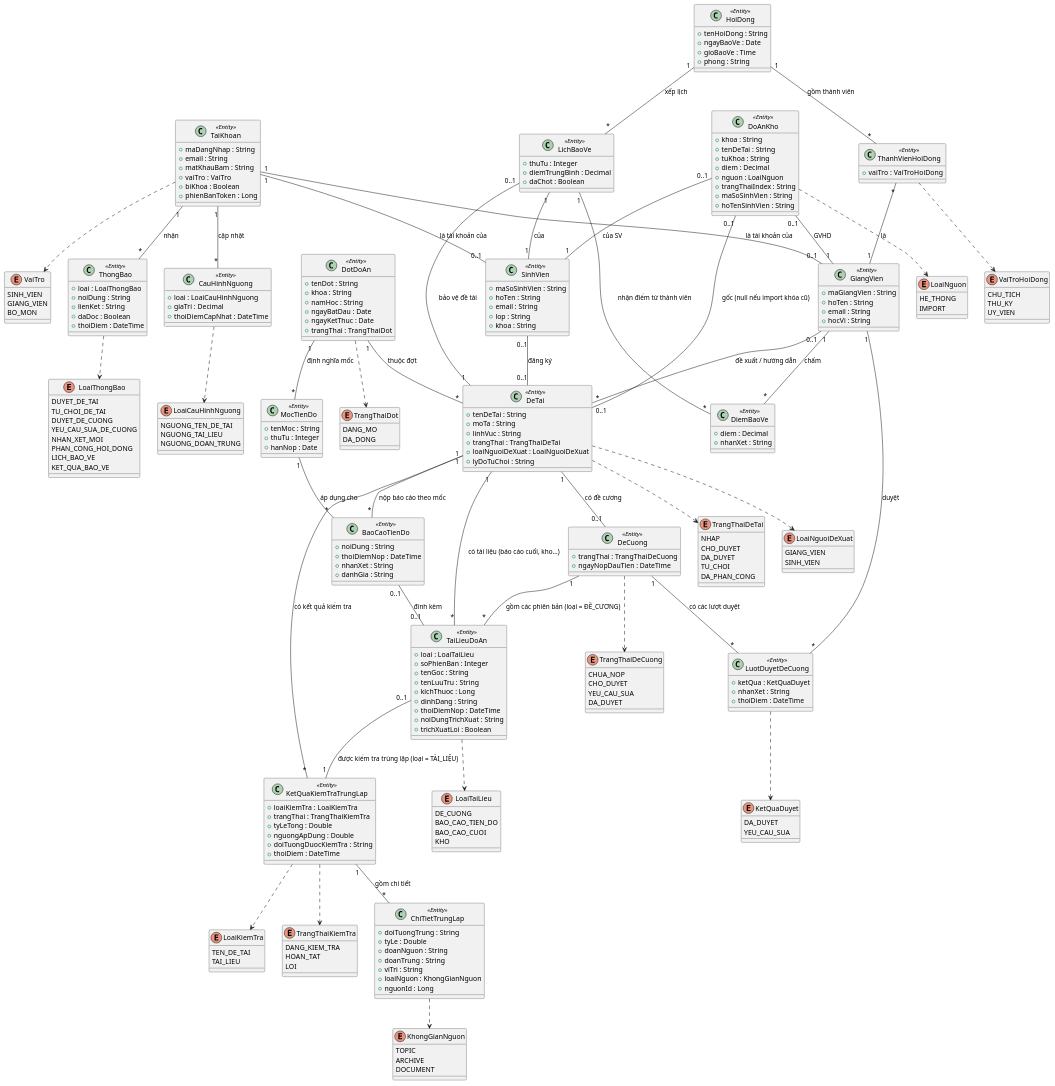
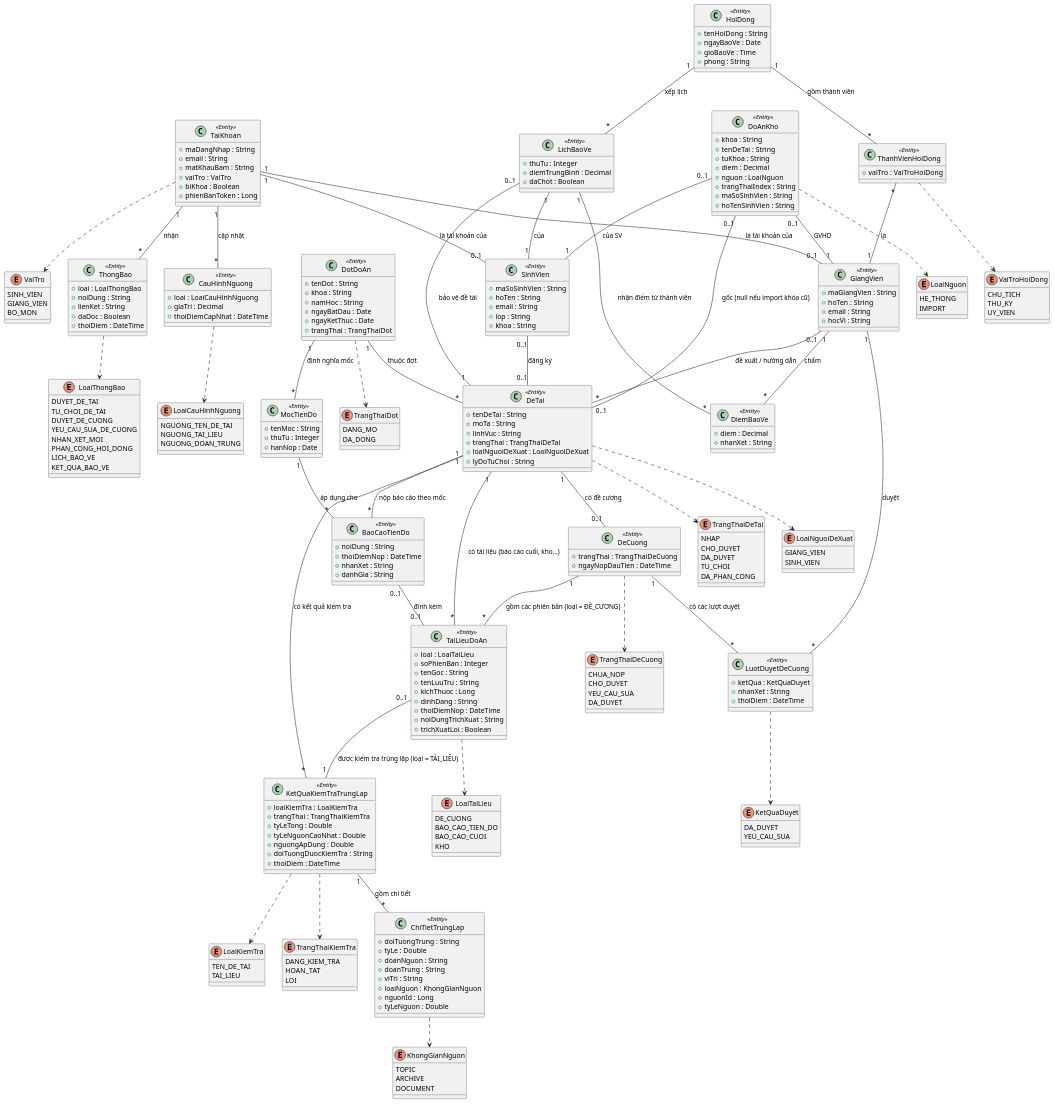
Before and after one commit to dtc235200036-alt/ICTU-DATN-NguyenThiMaiAnh: the diagram in docs/chuong-3-thiet-ke/so-do-lop/lop-thuc-the.puml, drawn with PlantUML. The commit also changed 19 other files, not shown here.

```diff
--- a/docs/chuong-3-thiet-ke/so-do-lop/lop-thuc-the.puml
+++ b/docs/chuong-3-thiet-ke/so-do-lop/lop-thuc-the.puml
@@ -145,6 +145,7 @@
   +loaiKiemTra : LoaiKiemTra
   +trangThai : TrangThaiKiemTra
   +tyLeTong : Double
+  +tyLeNguonCaoNhat : Double
   +nguongApDung : Double
   +doiTuongDuocKiemTra : String
   +thoiDiem : DateTime
@@ -158,6 +159,7 @@
   +viTri : String
   +loaiNguon : KhongGianNguon
   +nguonId : Long
+  +tyLeNguon : Double
 }
 
 ' =====================================================================
```
